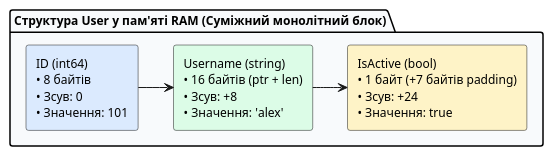
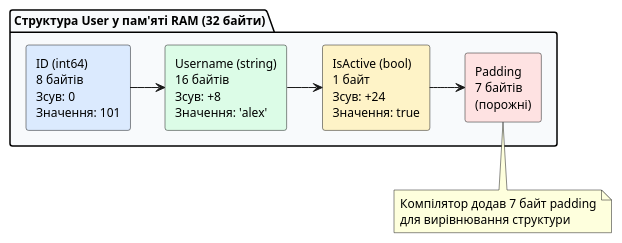
The seventh of 11 diagrams in content/17.client-server-architecture/02.type-system-and-memory-model.md (arakviel/kostyl.dev), drawn with PlantUML before and after one commit. The commit also changed other lines of this file and 1 other file, not shown here.

Commit message:
docs: update content in client-server architecture and type system modules

````diff
--- a/content/17.client-server-architecture/02.type-system-and-memory-model.md
+++ b/content/17.client-server-architecture/02.type-system-and-memory-model.md
@@ -2244,16 +6454,23 @@
 ```plantuml
 @startuml
 skinparam style plain
 skinparam backgroundColor #FFFFFF
 skinparam defaultFontSize 12
-package "Структура User у пам'яті RAM (Суміжний монолітний блок)" #F8FAFC {
-    rectangle "ID (int64)\n• 8 байтів\n• Зсув: 0\n• Значення: 101" as F1 #DBEAFE
-    rectangle "Username (string)\n• 16 байтів (ptr + len)\n• Зсув: +8\n• Значення: 'alex'" as F2 #DCFCE7
-    rectangle "IsActive (bool)\n• 1 байт (+7 байтів padding)\n• Зсув: +24\n• Значення: true" as F3 #FEF3C7
+package "Структура User у пам'яті RAM (32 байти)" #F8FAFC {
+    rectangle "ID (int64)\n8 байтів\nЗсув: 0\nЗначення: 101" as F1 #DBEAFE
+    rectangle "Username (string)\n16 байтів\nЗсув: +8\nЗначення: 'alex'" as F2 #DCFCE7
+    rectangle "IsActive (bool)\n1 байт\nЗсув: +24\nЗначення: true" as F3 #FEF3C7
+    rectangle "Padding\n7 байтів\n(порожні)" as F4 #FEE2E2
 
     F1 -right-> F2
     F2 -right-> F3
+    F3 -right-> F4
 }
+
+note bottom of F4
+  Компілятор додав 7 байт padding
+  для вирівнювання структури
+end note
 
 @enduml
 ```
````
